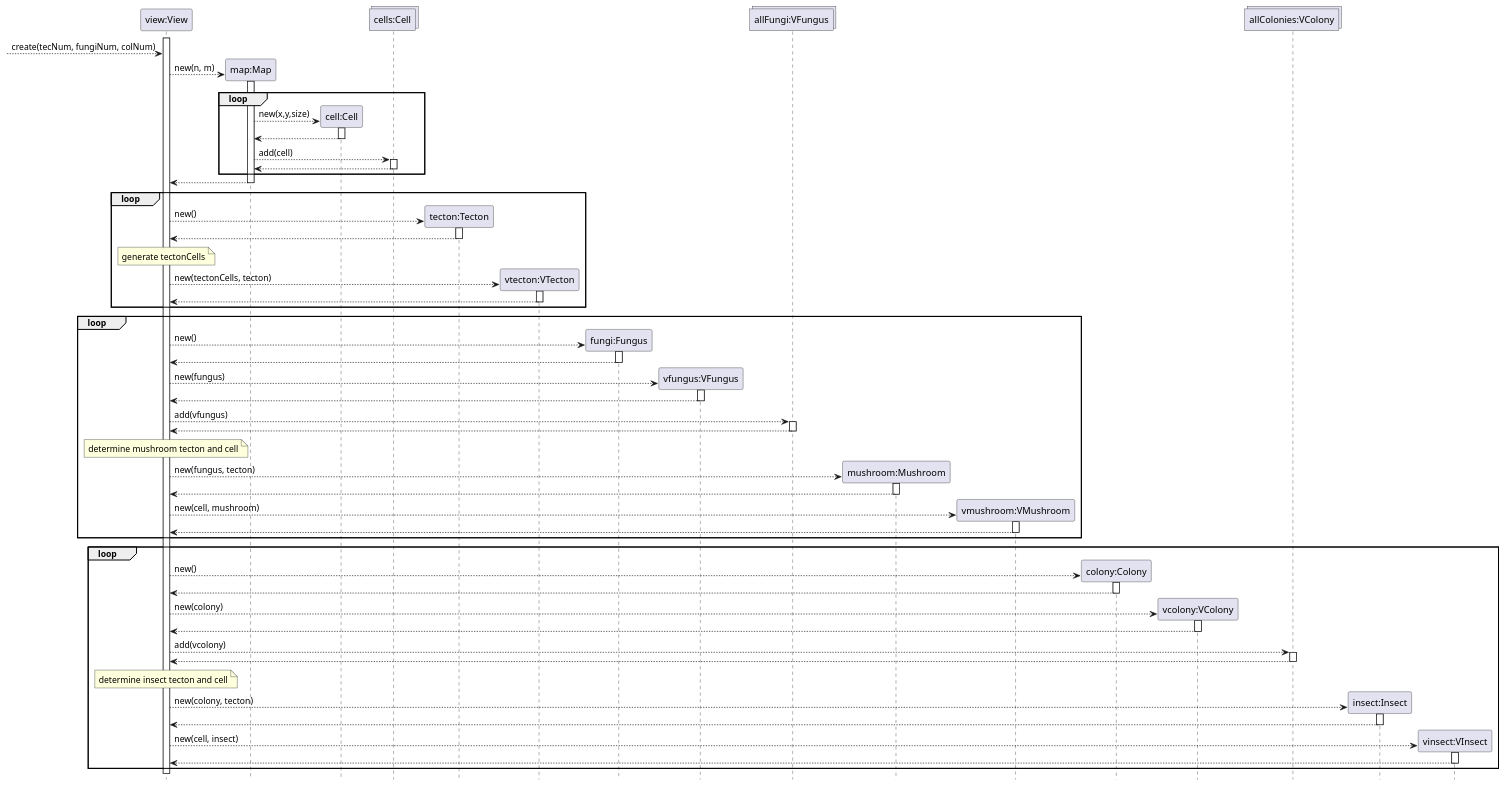
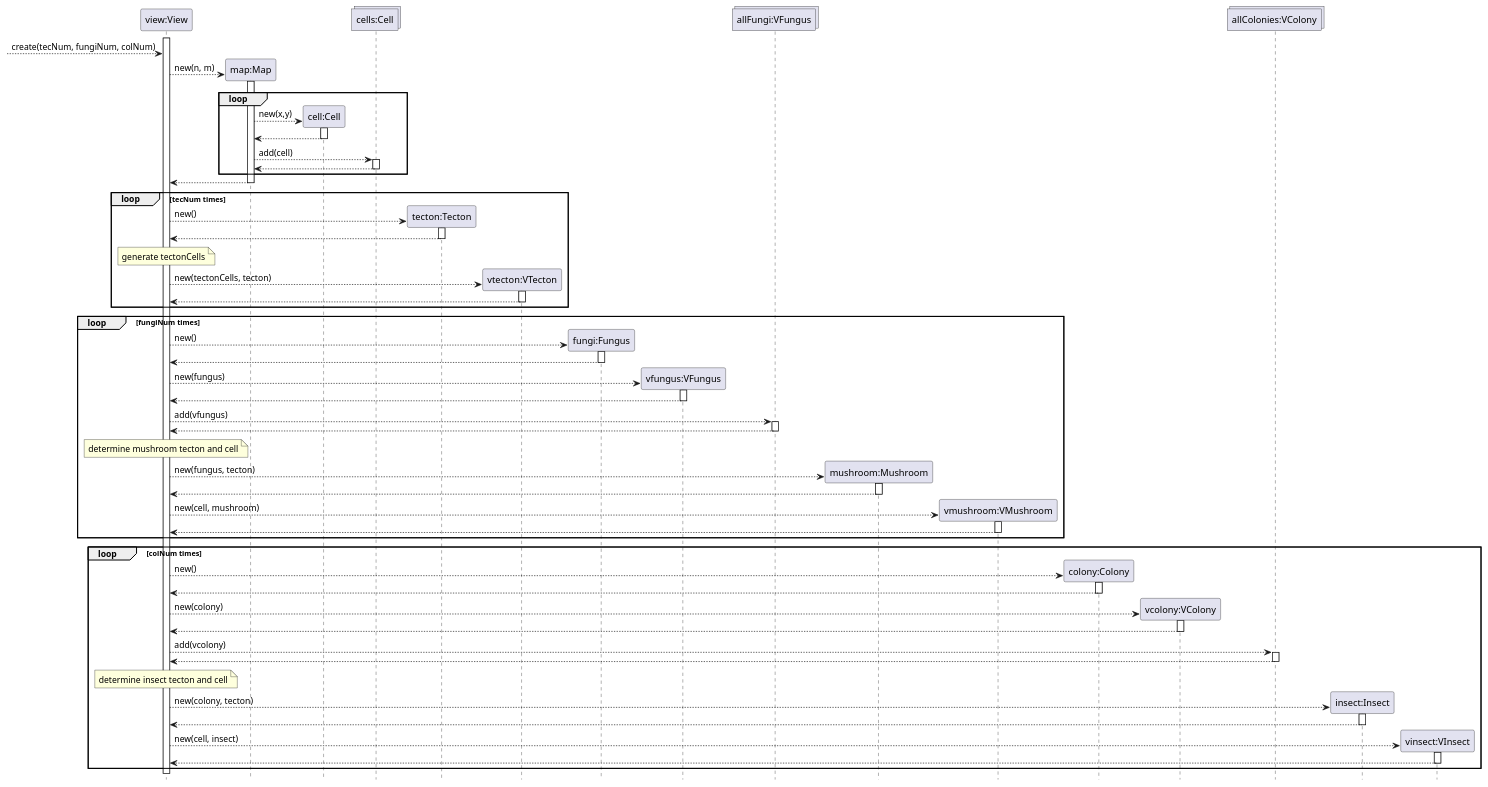
Before and after one commit to ZD4ve/projlab-error521: the diagram in GuiPlan/initialize.puml, drawn with PlantUML.

Commit message:
Init fix

```diff
--- a/GuiPlan/initialize.puml
+++ b/GuiPlan/initialize.puml
@@ -1,109 +1,109 @@
 @startuml init
 hide footbox
 
 participant "view:View" as view
 
 
 participant "map:Map" as map
 participant "cell:Cell" as cell
 collections "cells:Cell" as cells
 
 participant "tecton:Tecton" as tecton
 participant "vtecton:VTecton" as vtecton
 
 participant "fungi:Fungus" as fungus
 participant "vfungus:VFungus" as vfungus
 collections "allFungi:VFungus" as allFungi
 participant "mushroom:Mushroom" as mushroom
 participant "vmushroom:VMushroom" as vmushroom
 
 participant "colony:Colony" as col
 participant "vcolony:VColony" as vcol
 collections "allColonies:VColony" as allCol
 participant "insect:Insect" as insect
 participant "vinsect:VInsect" as vinsect
 
 
 activate view
 --> view : create(tecNum, fungiNum, colNum)
 create map
     view --> map : new(n, m)
 activate map
 
 loop
     create cell
-        map --> cell: new(x,y,size)
+        map --> cell: new(x,y)
     activate cell
     return
     map --> cells : add(cell)
     activate cells
     return
 end
 
 return
 
-loop
+loop tecNum times
     create tecton
         view --> tecton : new()
     activate tecton
     return
     note over view : generate tectonCells
     create vtecton
         view --> vtecton : new(tectonCells, tecton)
     activate vtecton
     return
 end
 
-loop
+loop fungiNum times
     create fungus
         view --> fungus : new()
     activate fungus
     return
     create vfungus
         view --> vfungus : new(fungus)
     activate vfungus
     return
     view --> allFungi : add(vfungus)
     activate allFungi
     return
     note over view : determine mushroom tecton and cell
     create mushroom
         view --> mushroom : new(fungus, tecton)
     activate mushroom
     return
     create vmushroom
         view --> vmushroom : new(cell, mushroom)
     activate vmushroom
     return
 end
 
-loop
+loop colNum times
     create col
         view --> col : new()
     activate col
     return
     create vcol
         view --> vcol : new(colony)
     activate vcol
     return
     view --> allCol : add(vcolony)
     activate allCol
     return
     note over view : determine insect tecton and cell
     create insect
         view --> insect : new(colony, tecton)
     activate insect
     return
     create vinsect
         view --> vinsect : new(cell, insect)
     activate vinsect
     return
 end
 
 
 
 
 
 
 
 @enduml
```
